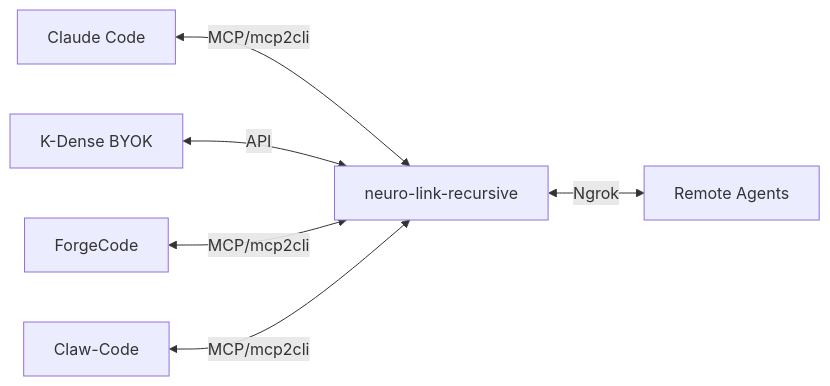
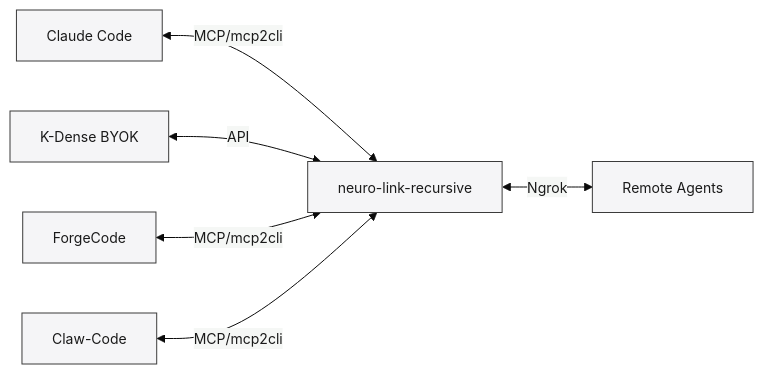
The fifth of 5 diagrams in README.md (HyperFrequency/neuro-link-recursive), drawn with Mermaid before and after one commit. The commit also changed other lines of this file and 2 other files, not shown here.

First line of the commit message:
chore(polish-c): P11-P15 small legible diagrams + Quickstart + REST curl card + docs/architecture.md

````diff
--- a/README.md
+++ b/README.md
@@ -270,8 +243,9 @@
 ```mermaid
+%%{init: {'theme':'base', 'themeVariables': {'fontFamily':'IBM Plex Mono, Menlo, Monaco, monospace', 'fontSize':'14px', 'primaryColor':'#f5f5f7', 'primaryTextColor':'#1a1a1a', 'primaryBorderColor':'#3b3b3b'}}}%%
 flowchart LR
     CC[Claude Code] <-->|MCP/mcp2cli| NLR[neuro-link-recursive]
     KD[K-Dense BYOK] <-->|API| NLR
     FC[ForgeCode] <-->|MCP/mcp2cli| NLR
     CW[Claw-Code] <-->|MCP/mcp2cli| NLR
     NLR <-->|Ngrok| REMOTE[Remote Agents]
 ```
````
